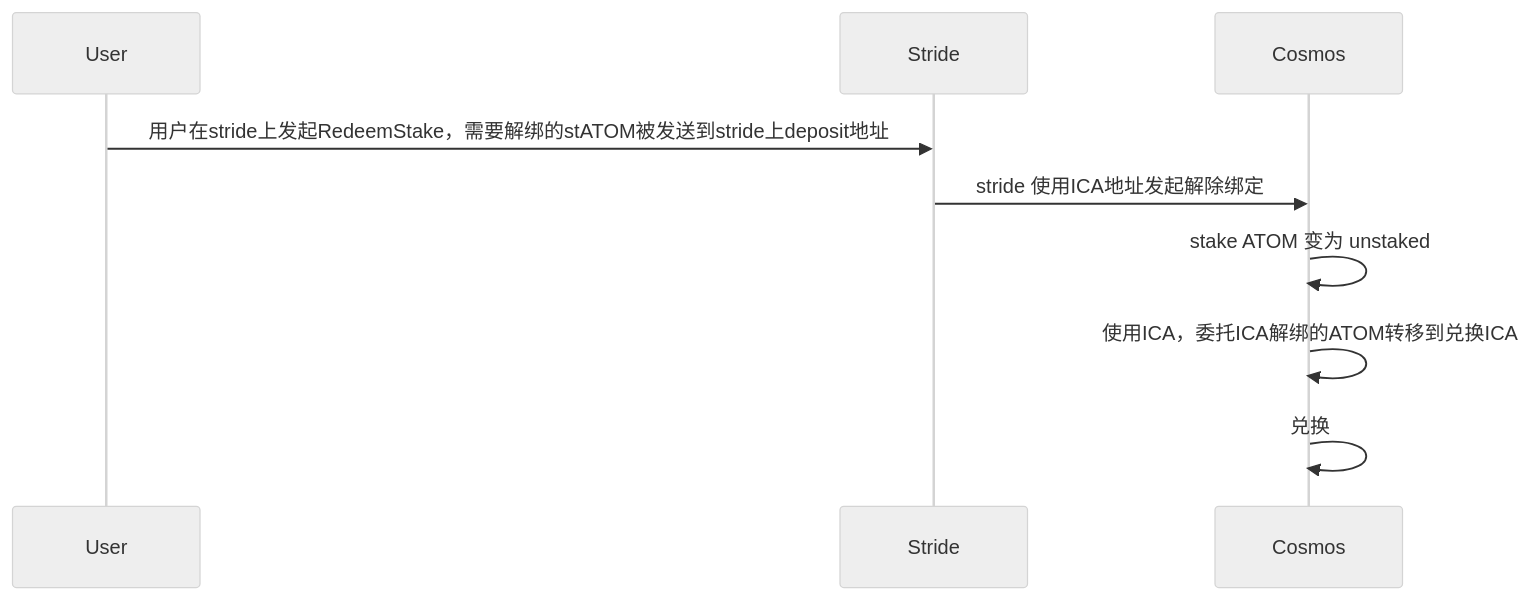
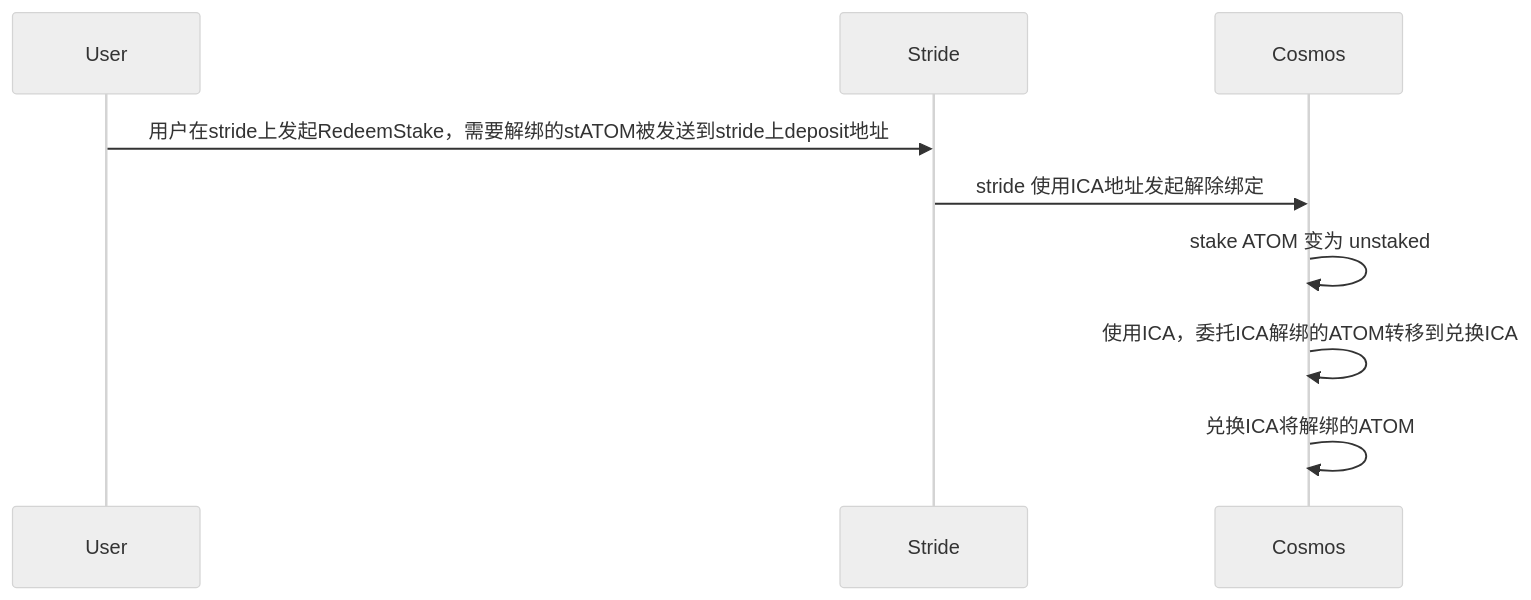
Before and after one commit to yingjianzh/iodraw-files: the diagram in all/unbonding.md, drawn with Mermaid (neutral theme).

Commit message:
2024-03-28 15:43:10 update

````diff
--- a/all/unbonding.md
+++ b/all/unbonding.md
@@ -1,8 +1,8 @@
 ```mermaid
 sequenceDiagram
     User->>Stride: 用户在stride上发起RedeemStake，需要解绑的stATOM被发送到stride上deposit地址
     Stride->>Cosmos: stride 使用ICA地址发起解除绑定
     Cosmos->>Cosmos: stake ATOM 变为 unstaked
     Cosmos->>Cosmos: 使用ICA，委托ICA解绑的ATOM转移到兑换ICA
-    Cosmos->>Cosmos: 兑换
+    Cosmos->>Cosmos: 兑换ICA将解绑的ATOM
 ```
````
